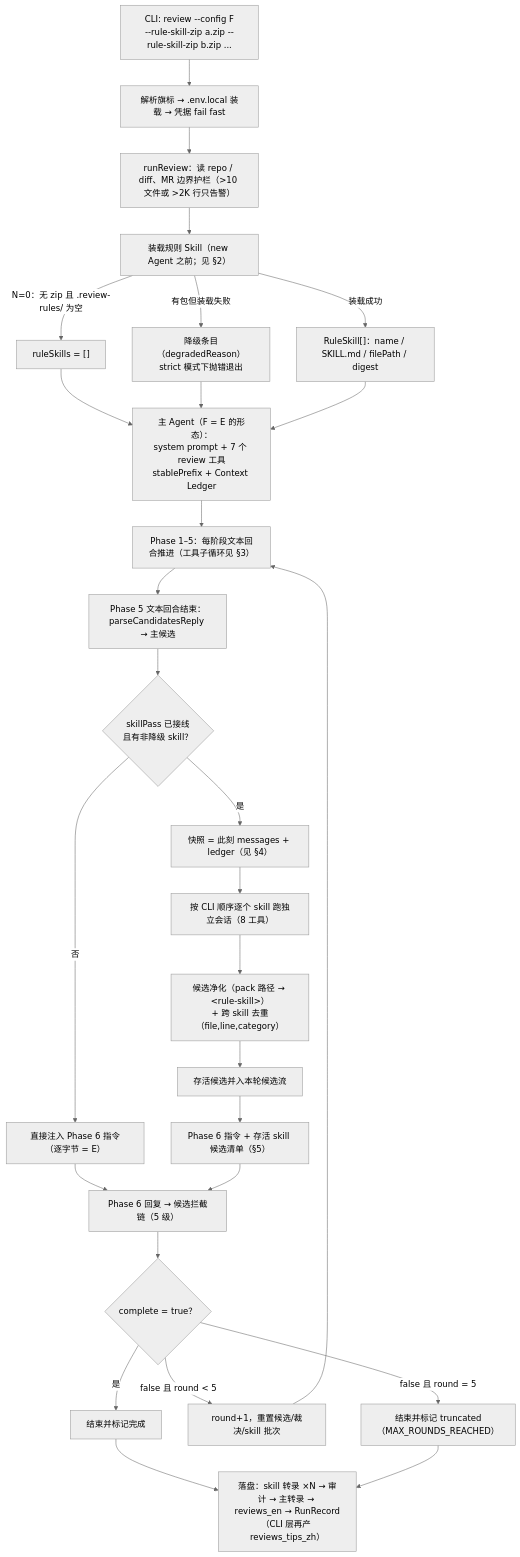
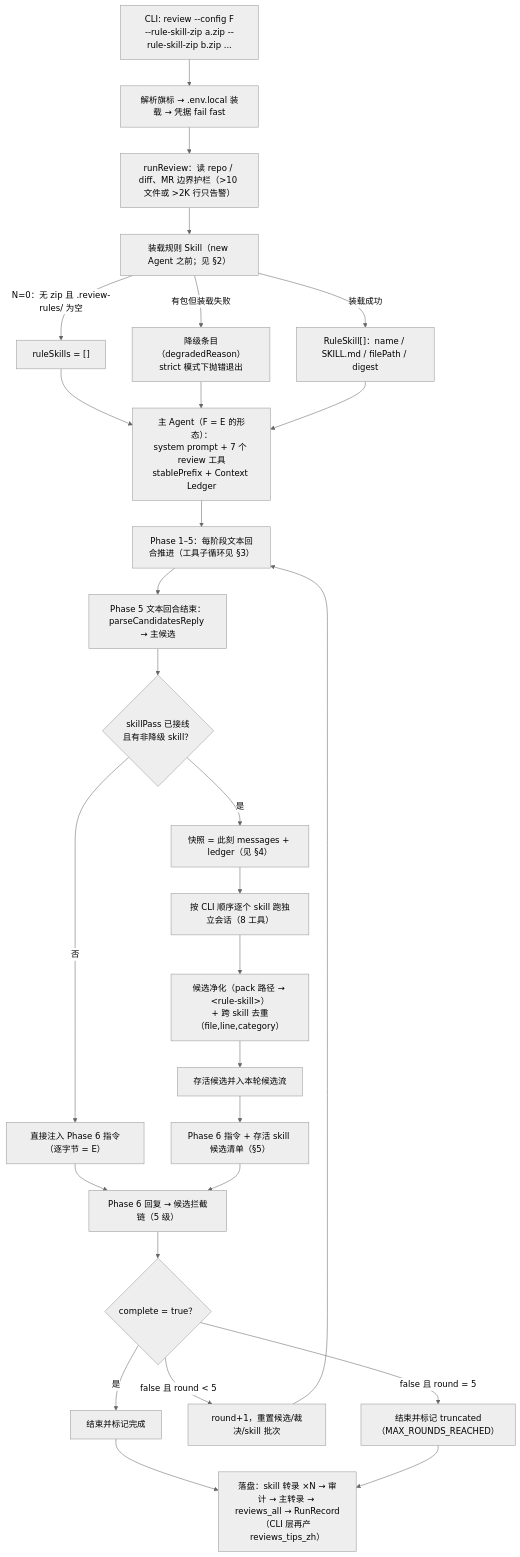
The first of 5 diagrams in docs/design/Config F 完整流程图（规则 Skill 独立检视会话）.md (ffanwei/ReviewAgent-pi), drawn with Mermaid (neutral theme) before and after one commit. The commit also changed other lines of this file and 69 other files, not shown here.

````diff
--- a/docs/design/Config F 完整流程图（规则 Skill 独立检视会话）.md
+++ b/docs/design/Config F 完整流程图（规则 Skill 独立检视会话）.md
@@ -18,29 +18,29 @@
 ```mermaid
 flowchart TD
     A["CLI: review --config F<br/>--rule-skill-zip a.zip --rule-skill-zip b.zip ..."] --> B["解析旗标 → .env.local 装载 → 凭据 fail fast"]
     B --> C["runReview：读 repo / diff、MR 边界护栏（>10 文件或 >2K 行只告警）"]
     C --> D["装载规则 Skill（new Agent 之前；见 §2）"]
     D -->|"N=0：无 zip 且 .review-rules/ 为空"| E["ruleSkills = []"]
     D -->|"有包但装载失败"| F["降级条目（degradedReason）<br/>strict 模式下抛错退出"]
     D -->|"装载成功"| G["RuleSkill[]：name / SKILL.md / filePath / digest"]
     E --> H
     F --> H
     G --> H["主 Agent（F = E 的形态）：<br/>system prompt + 7 个 review 工具<br/>stablePrefix + Context Ledger"]
     H --> I["Phase 1–5：每阶段文本回合推进（工具子循环见 §3）"]
     I --> J["Phase 5 文本回合结束：<br/>parseCandidatesReply → 主候选"]
     J --> K{"skillPass 已接线<br/>且有非降级 skill？"}
     K -->|"否"| L["直接注入 Phase 6 指令（逐字节 = E）"]
     K -->|"是"| M["快照 = 此刻 messages + ledger（见 §4）"]
     M --> N["按 CLI 顺序逐个 skill 跑独立会话（8 工具）"]
     N --> O["候选净化（pack 路径 → &lt;rule-skill&gt;）<br/>+ 跨 skill 去重（file,line,category）"]
     O --> P["存活候选并入本轮候选流"]
     P --> Q["Phase 6 指令 + 存活 skill 候选清单（§5）"]
     L --> R
     Q --> R["Phase 6 回复 → 候选拦截链（5 级）"]
     R --> S{"complete = true？"}
     S -->|"是"| T["结束并标记完成"]
     S -->|"false 且 round < 5"| U["round+1，重置候选/裁决/skill 批次"] --> I
     S -->|"false 且 round = 5"| V["结束并标记 truncated（MAX_ROUNDS_REACHED）"]
-    T --> W["落盘：skill 转录 ×N → 审计 → 主转录 → reviews_en → RunRecord<br/>（CLI 层再产 reviews_tips_zh）"]
+    T --> W["落盘：skill 转录 ×N → 审计 → 主转录 → reviews_all → RunRecord<br/>（CLI 层再产 reviews_tips_zh）"]
     V --> W
 ```
````
